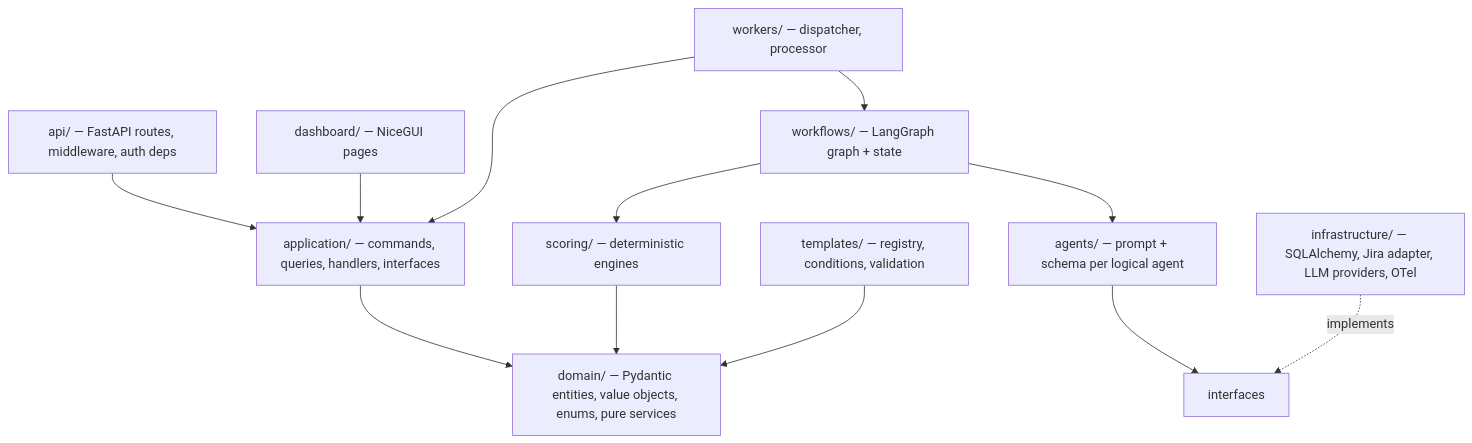
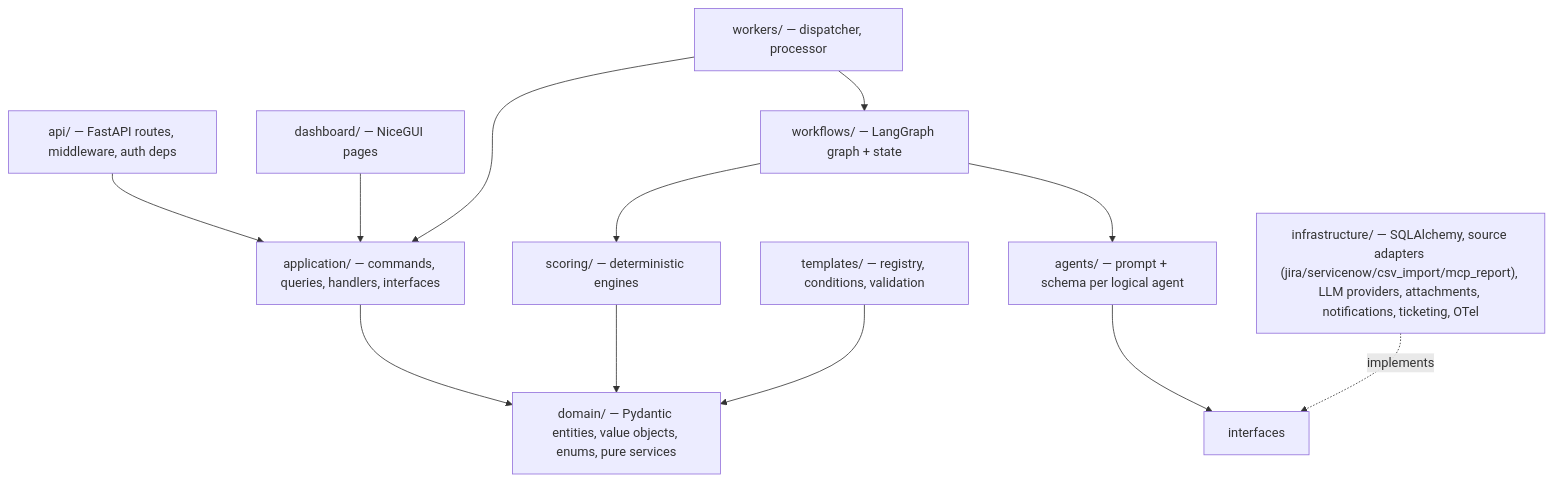
The second of 4 diagrams in docs/architecture.md (mecitsemerci/branchops-intelligence), drawn with Mermaid before and after one commit. The commit also changed other lines of this file and 7 other files, not shown here.

First line of the commit message:
Update README and docs for multi-source ingestion, MCP reporting and routing

````diff
--- a/docs/architecture.md
+++ b/docs/architecture.md
@@ -38,15 +39,15 @@
 ```mermaid
 flowchart TB
     api[api/ — FastAPI routes, middleware, auth deps] --> application
     dashboard[dashboard/ — NiceGUI pages] --> application
     workers[workers/ — dispatcher, processor] --> application
     workers --> workflows
     workflows[workflows/ — LangGraph graph + state] --> agents
     workflows --> scoring
     agents[agents/ — prompt + schema per logical agent] --> interfaces
     application[application/ — commands, queries, handlers, interfaces] --> domain
     scoring[scoring/ — deterministic engines] --> domain
     templates[templates/ — registry, conditions, validation] --> domain
-    infrastructure[infrastructure/ — SQLAlchemy, Jira adapter, LLM providers, OTel] -. implements .-> interfaces
+    infrastructure["infrastructure/ — SQLAlchemy, source adapters (jira/servicenow/csv_import/mcp_report), LLM providers, attachments, notifications, ticketing, OTel"] -. implements .-> interfaces
     domain[domain/ — Pydantic entities, value objects, enums, pure services]
 ```
````
